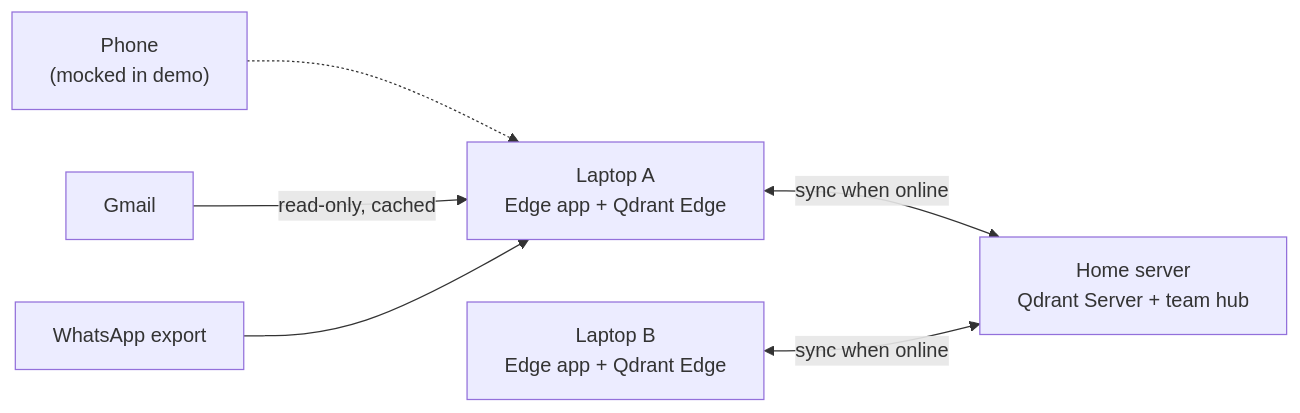
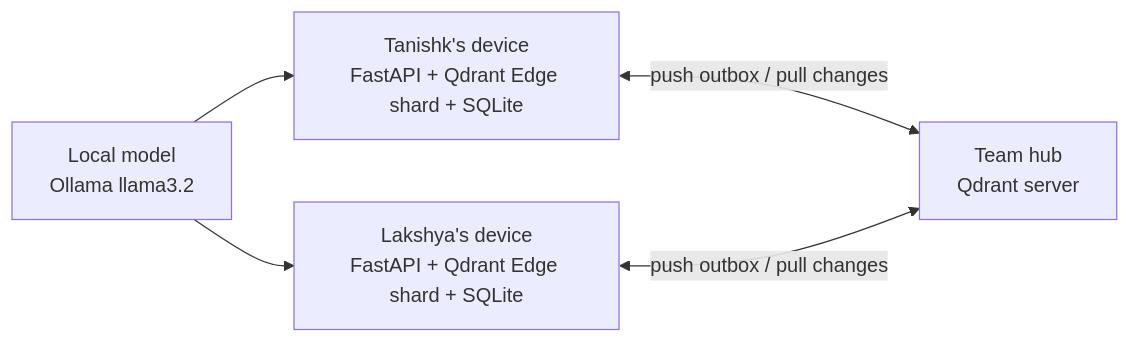
Before and after one commit to ImTani/quorum-edge-memory: the diagram in README.md, drawn with Mermaid. The commit also changed other lines of this file and 1 other file, not shown here.

First line of the commit message:
Bring the README in line with what's built and add the demo walkthrough

````diff
--- a/README.md
+++ b/README.md
@@ -32,8 +32,7 @@
 ```mermaid
 flowchart LR
-  L["Laptop A<br/>Edge app + Qdrant Edge"] <-->|sync when online| H["Home server<br/>Qdrant Server + team hub"]
-  T["Laptop B<br/>Edge app + Qdrant Edge"] <-->|sync when online| H
-  P["Phone<br/>(mocked in demo)"] -.-> L
-  G["Gmail"] -->|read-only, cached| L
-  W["WhatsApp export"] --> L
+  L["Tanishk's device<br/>FastAPI + Qdrant Edge shard + SQLite"] <-->|push outbox / pull changes| H["Team hub<br/>Qdrant server"]
+  T["Lakshya's device<br/>FastAPI + Qdrant Edge shard + SQLite"] <-->|push outbox / pull changes| H
+  M["Local model<br/>Ollama llama3.2"] --> L
+  M --> T
 ```
````
